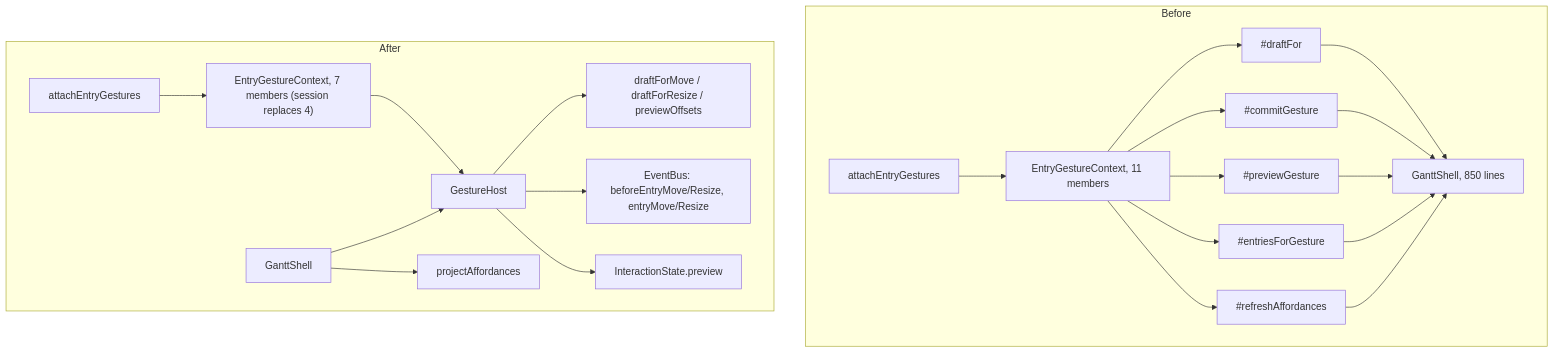
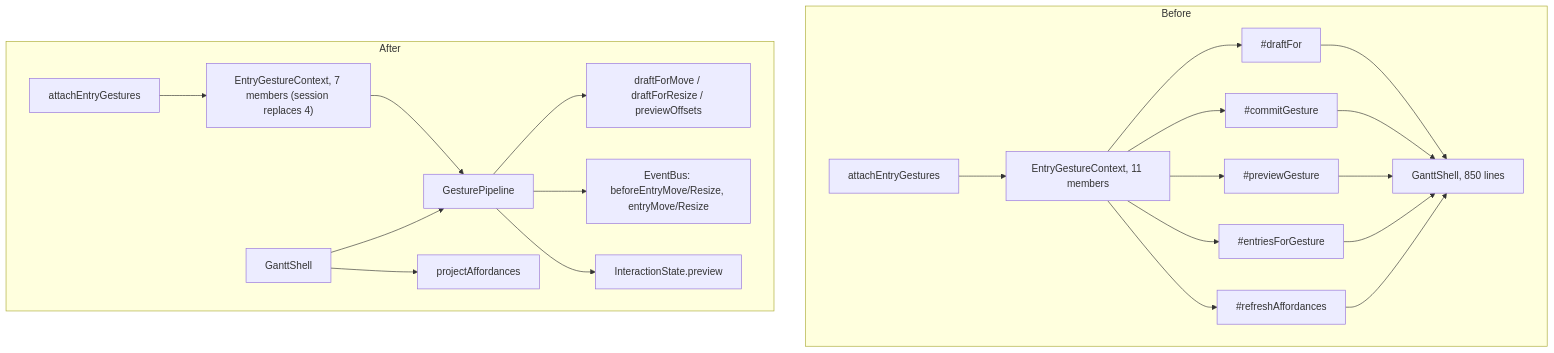
The diagram in plans/s3-direct-manipulation/gesture-host-refactor.md (freegantt/freegantt), drawn with Mermaid before and after one commit. The commit also changed other lines of this file and 4 other files, not shown here.

````diff
--- a/plans/s3-direct-manipulation/gesture-host-refactor.md
+++ b/plans/s3-direct-manipulation/gesture-host-refactor.md
@@ -73,17 +75,17 @@
 ```mermaid
 flowchart TB
   subgraph before [Before]
     EG[attachEntryGestures] --> CTX[EntryGestureContext, 11 members]
     CTX --> A["#draftFor"] & B["#commitGesture"] & C["#previewGesture"] & D["#entriesForGesture"] & E["#refreshAffordances"]
     A & B & C & D & E --> SHELL[GanttShell, 850 lines]
   end
   subgraph after [After]
     EG2[attachEntryGestures] --> CTX2["EntryGestureContext, 7 members (session replaces 4)"]
-    CTX2 --> HOST[GestureHost]
-    HOST --> LAY[draftForMove / draftForResize / previewOffsets]
-    HOST --> BUS[EventBus: beforeEntryMove/Resize, entryMove/Resize]
-    HOST --> ST[InteractionState.preview]
-    SHELL2[GanttShell] --> HOST
+    CTX2 --> PIPE[GesturePipeline]
+    PIPE --> LAY[draftForMove / draftForResize / previewOffsets]
+    PIPE --> BUS[EventBus: beforeEntryMove/Resize, entryMove/Resize]
+    PIPE --> ST[InteractionState.preview]
+    SHELL2[GanttShell] --> PIPE
     SHELL2 --> PROJ[projectAffordances]
   end
 ```
````
